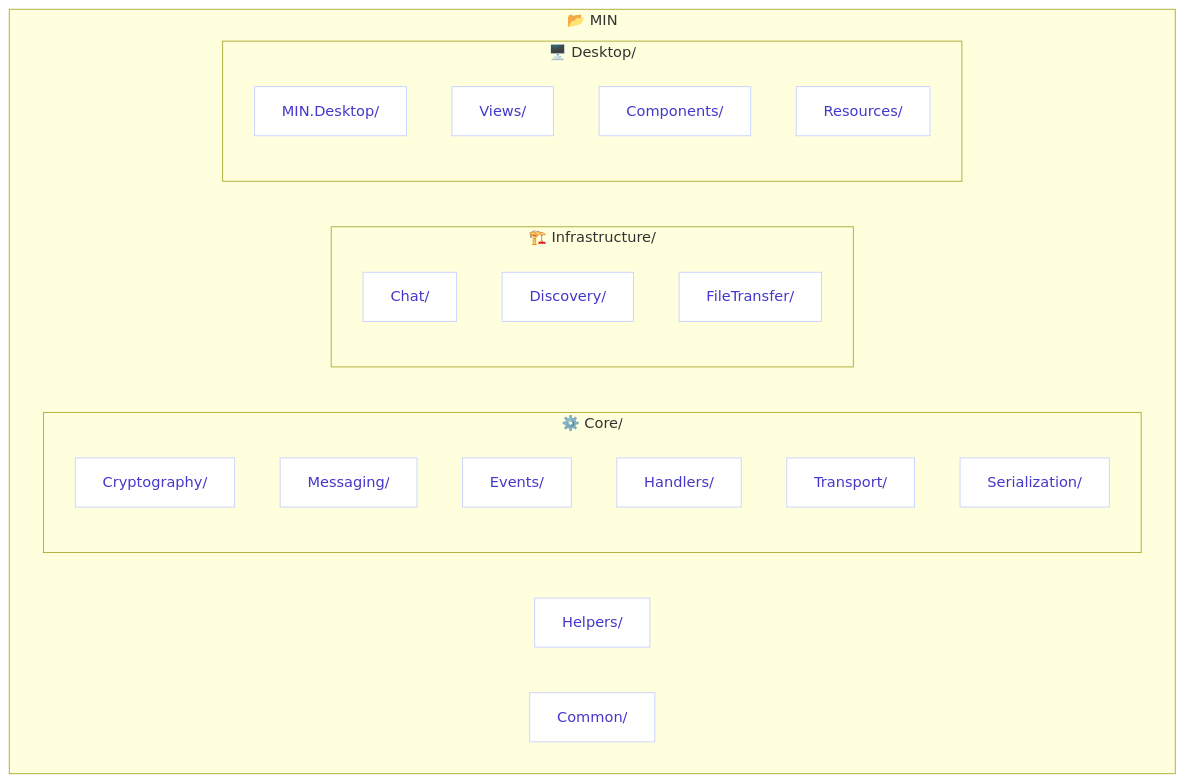
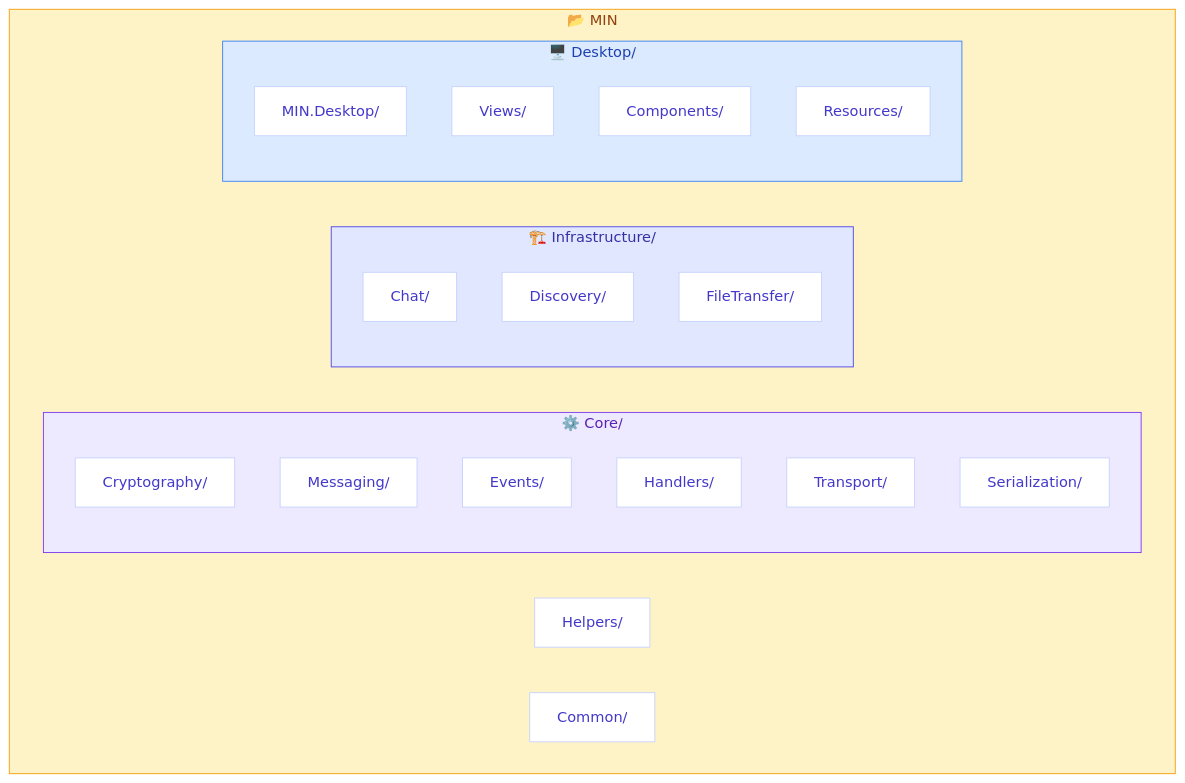
Before and after one commit to CasCadeVR/MIN: the second of 3 diagrams in README.md, drawn with Mermaid. The commit also changed other lines of this file, not shown here.

````diff
--- a/README.md
+++ b/README.md
@@ -163,39 +166,39 @@
 ```mermaid
 flowchart TB
     classDef rootFolder fill:#fef3c7,stroke:#f59e0b,color:#92400e
     classDef coreFolder fill:#ede9fe,stroke:#7c3aed,color:#5b21b6
     classDef infraFolder fill:#e0e7ff,stroke:#4f46e5,color:#3730a3
     classDef deskFolder fill:#dbeafe,stroke:#3b82f6,color:#1e40af
     classDef folder fill:#f5f3ff,stroke:#c7c2ea,color:#312e81
     classDef file fill:#fff,stroke:#c7d2fe,color:#4338ca
     
     subgraph MIN["📂 MIN"]
-        class MIN rootFolder
         subgraph CORE["⚙️ Core/"]
-            class CORE coreFolder
             G["Cryptography/"]
             H["Messaging/"]
             I["Events/"]
             J["Handlers/"]
             K["Transport/"]
             L["Serialization/"]
         end
         subgraph INF["🏗️ Infrastructure/"]
-            class INF infraFolder
             M["Chat/"]
             N["Discovery/"]
             O["FileTransfer/"]
         end
         subgraph DESK["🖥️ Desktop/"]
-            class DESK deskFolder
             P["MIN.Desktop/"]
             Q["Views/"]
             R["Components/"]
             S["Resources/"]
         end
         T["Helpers/"]
         U["Common/"]
     end
     
+    class MIN rootFolder
+    class CORE coreFolder
+    class INF infraFolder
+    class DESK deskFolder
     class G,H,I,J,K,L,M,N,O,P,Q,R,S,T,U file
 ```
````
